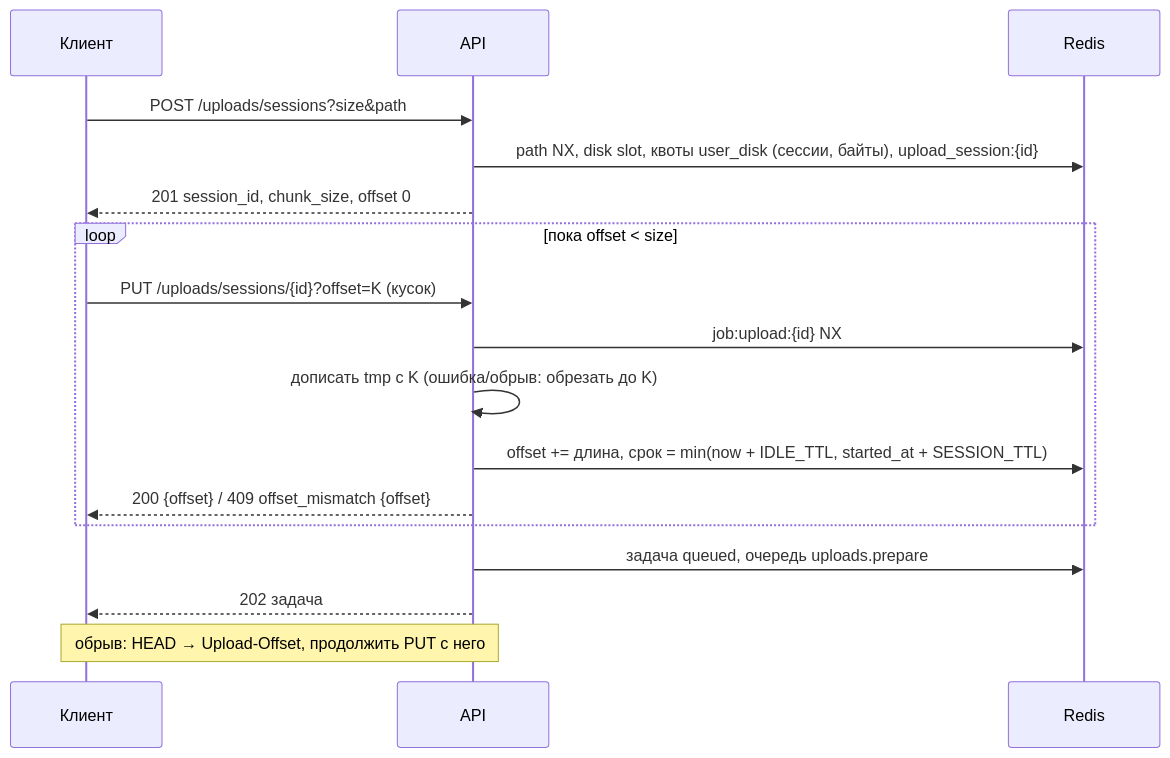
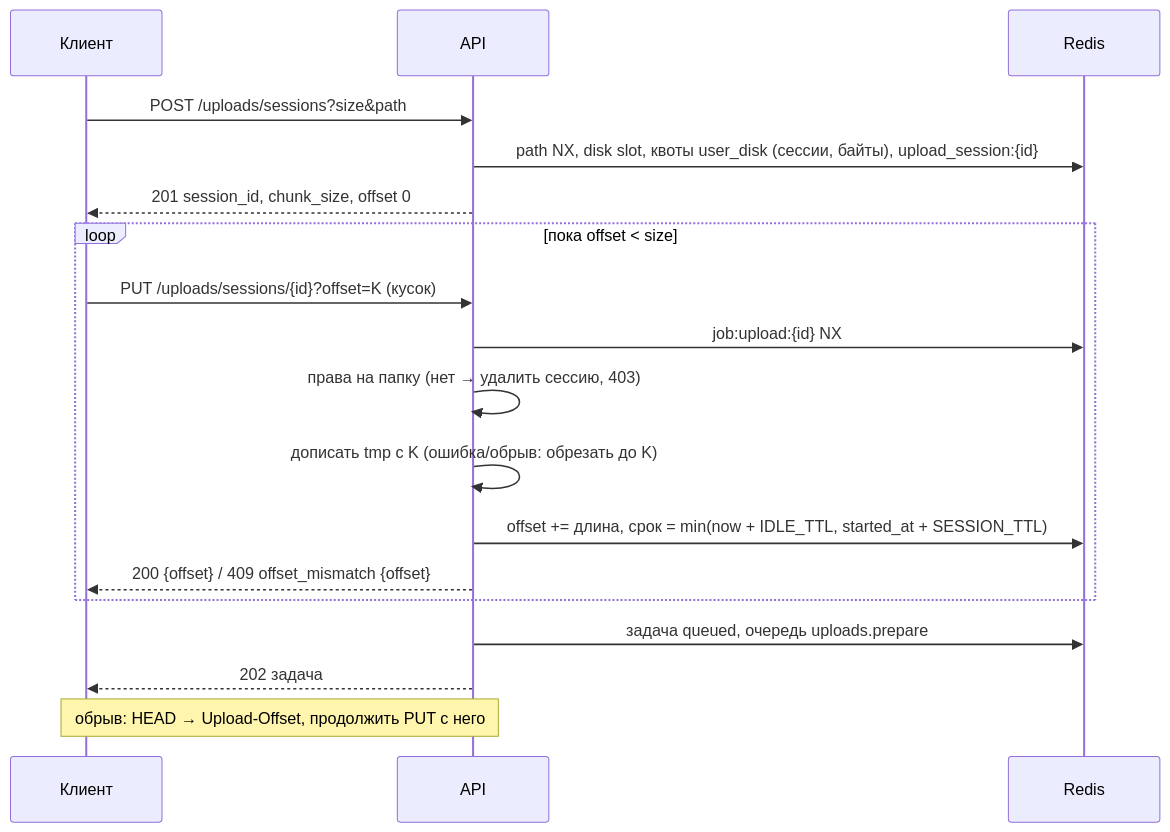
Before and after one commit to NikitkaZXC/tcloud-backend: the diagram in docs/flows/uploads.md, drawn with Mermaid. The commit also changed other lines of this file and 2 other files, not shown here.

````diff
--- a/docs/flows/uploads.md
+++ b/docs/flows/uploads.md
@@ -85,19 +87,20 @@
 ```mermaid
 sequenceDiagram
     participant C as Клиент
     participant A as API
     participant R as Redis
     C->>A: POST /uploads/sessions?size&path
     A->>R: path NX, disk slot, квоты user_disk (сессии, байты), upload_session:{id}
     A-->>C: 201 session_id, chunk_size, offset 0
     loop пока offset < size
         C->>A: PUT /uploads/sessions/{id}?offset=K (кусок)
         A->>R: job:upload:{id} NX
+        A->>A: права на папку (нет → удалить сессию, 403)
         A->>A: дописать tmp с K (ошибка/обрыв: обрезать до K)
         A->>R: offset += длина, срок = min(now + IDLE_TTL, started_at + SESSION_TTL)
         A-->>C: 200 {offset} / 409 offset_mismatch {offset}
     end
     A->>R: задача queued, очередь uploads.prepare
     A-->>C: 202 задача
     Note over C,A: обрыв: HEAD → Upload-Offset, продолжить PUT с него
 ```
````
